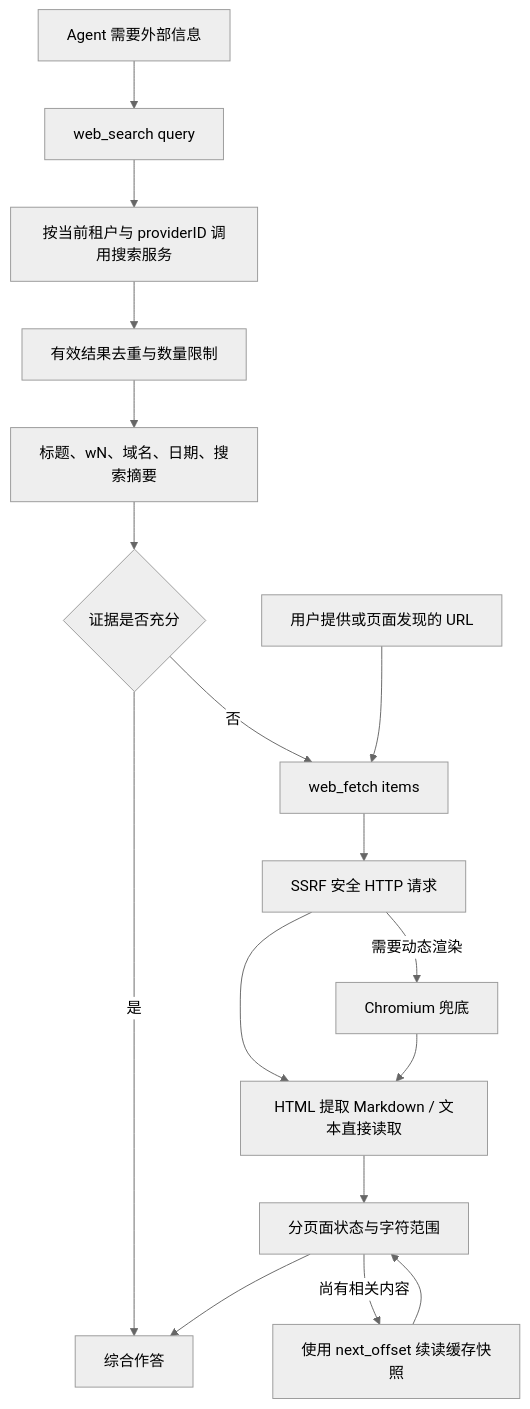
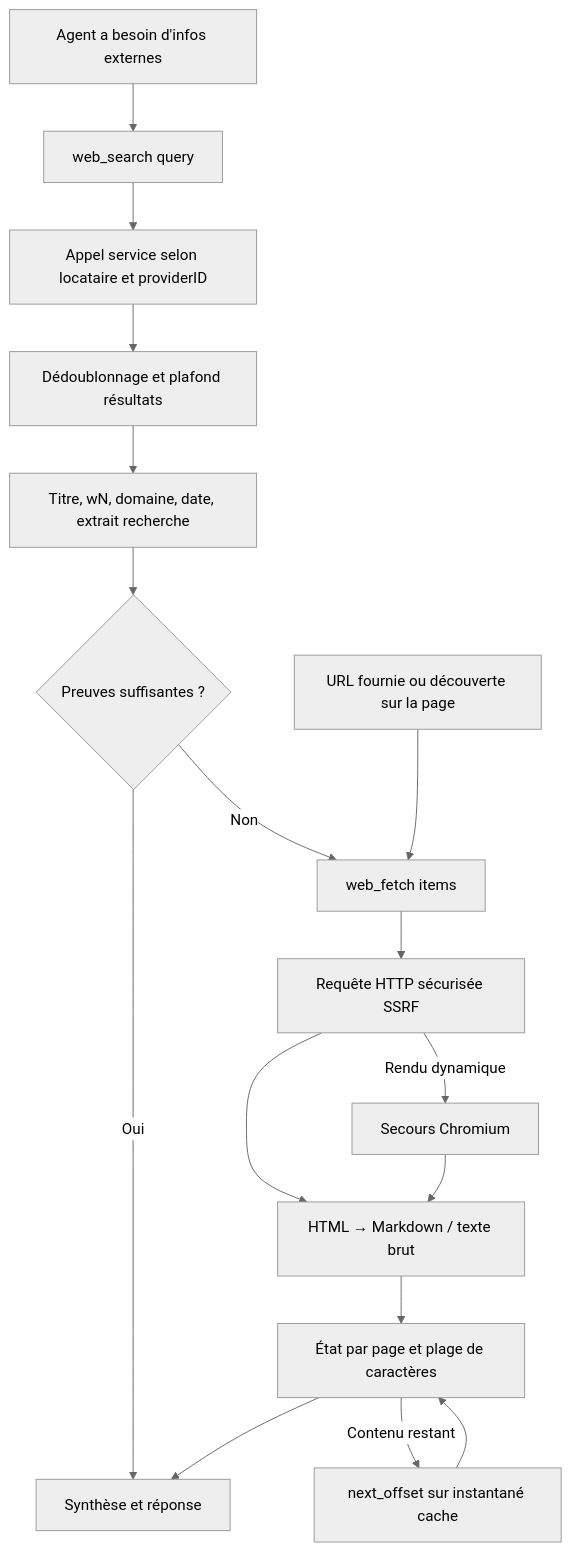
Before and after one commit to samiriggui-code/gsms-template: the diagram in website-docs/03-features/11-web-search.md, drawn with Mermaid (neutral theme). The commit also changed other lines of this file and 301 other files, not shown here.

````diff
--- a/website-docs/03-features/11-web-search.md
+++ b/website-docs/03-features/11-web-search.md
@@ -72,19 +72,19 @@
 ```mermaid
 flowchart TD
-    A[Agent 需要外部信息] --> B[web_search query]
-    B --> C[按当前租户与 providerID 调用搜索服务]
-    C --> D[有效结果去重与数量限制]
-    D --> E[标题、wN、域名、日期、搜索摘要]
-    E --> F{证据是否充分}
-    F -->|是| G[综合作答]
-    F -->|否| H[web_fetch items]
-    U[用户提供或页面发现的 URL] --> H
-    H --> I[SSRF 安全 HTTP 请求]
-    I --> J[HTML 提取 Markdown / 文本直接读取]
-    I -->|需要动态渲染| K[Chromium 兜底]
+    A[Agent a besoin d'infos externes] --> B[web_search query]
+    B --> C[Appel service selon locataire et providerID]
+    C --> D[Dédoublonnage et plafond résultats]
+    D --> E[Titre, wN, domaine, date, extrait recherche]
+    E --> F{Preuves suffisantes ?}
+    F -->|Oui| G[Synthèse et réponse]
+    F -->|Non| H[web_fetch items]
+    U[URL fournie ou découverte sur la page] --> H
+    H --> I[Requête HTTP sécurisée SSRF]
+    I --> J[HTML → Markdown / texte brut]
+    I -->|Rendu dynamique| K[Secours Chromium]
     K --> J
-    J --> L[分页面状态与字符范围]
-    L -->|尚有相关内容| M[使用 next_offset 续读缓存快照]
+    J --> L[État par page et plage de caractères]
+    L -->|Contenu restant| M[next_offset sur instantané cache]
     M --> L
     L --> G
 ```
````
